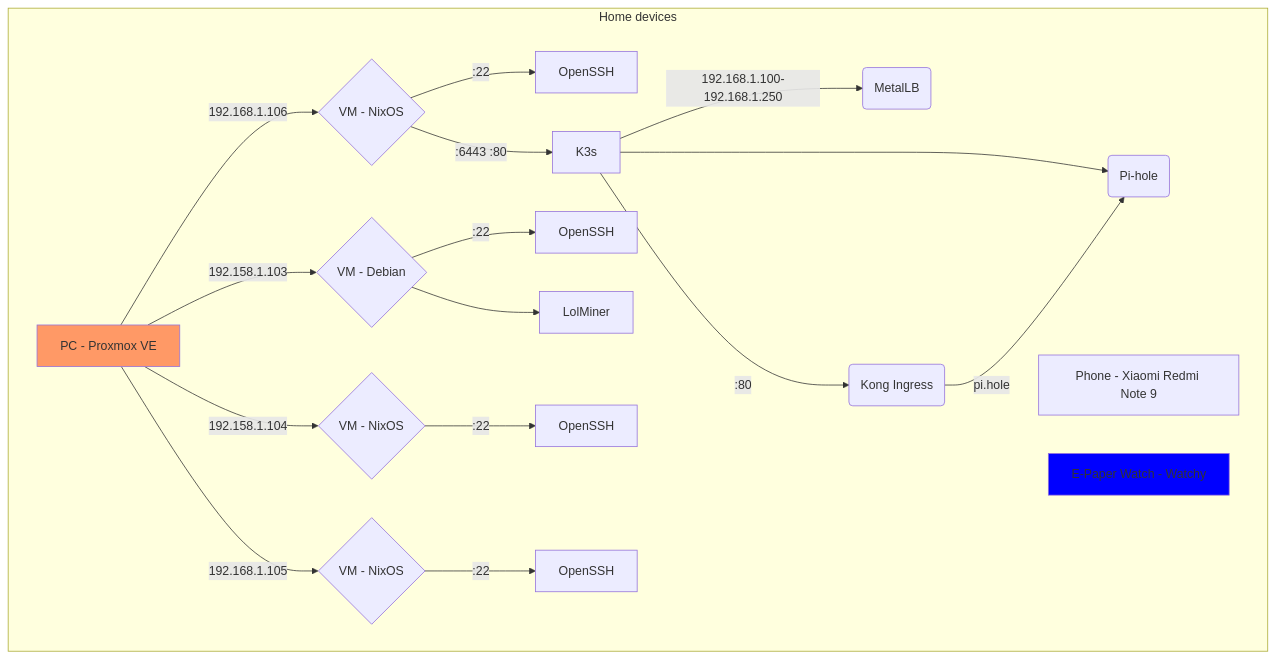
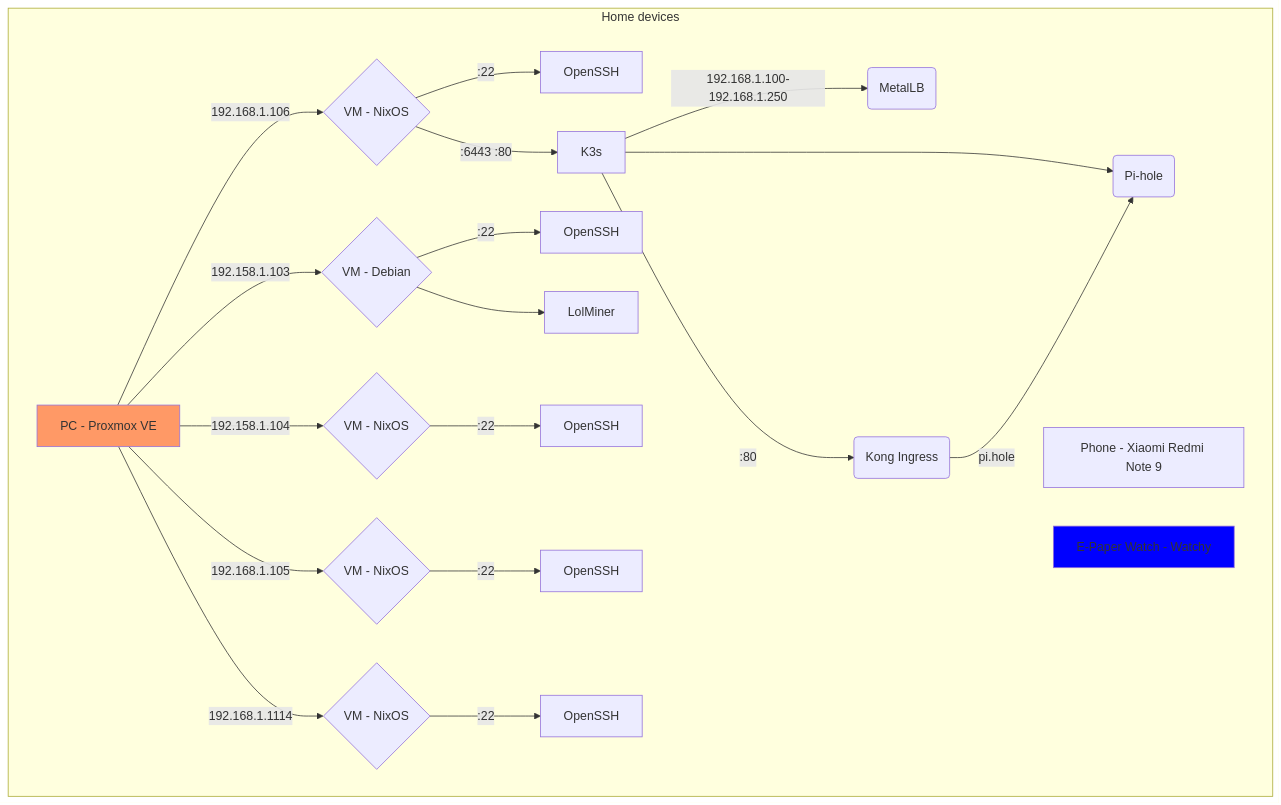
Before and after one commit to portothree/dotfiles: the diagram in homelab/README.md, drawn with Mermaid.

Commit message:
docs: update diagram

````diff
--- a/homelab/README.md
+++ b/homelab/README.md
@@ -6,32 +6,34 @@
 ```mermaid
 graph TD
 	subgraph Home devices
 		A[PC - Proxmox VE] -->|192.168.1.106| 100{VM - NixOS};
 		100 -->|:22| 100_ssh[OpenSSH];
 		100 -->|:6443 :80| K3s[K3s];
 		K3s -->|192.168.1.100-192.168.1.250| MetalLB(MetalLB);
 		click MetalLB "https://metallb.org" _blank
 		K3s -->|:80| Kong(Kong Ingress);
 		K3s --> Pi-hole(Pi-hole);
 		Kong -->|pi.hole| Pi-hole;
 		
 		A -->|192.158.1.103| 102{VM - Debian};
 		102 -->|:22| 102_ssh[OpenSSH];
 		102 --> lolminer[LolMiner];
 		
 		A -->|192.158.1.104| 103{VM - NixOS};
 		103 -->|:22| 103_ssh[OpenSSH];
 		
 		A -->|192.168.1.105| 104{VM - NixOS};
 		104 -->|:22| 104_ssh[OpenSSH];
 		
+		A -->|192.168.1.1114| 105{VM - NixOS};
+		105 -->|:22| 105_ssh[OpenSSH];
 		
 		B[Phone - Xiaomi Redmi Note 9]
 		C[E-Paper Watch - Watchy]
 	end
 	
 	classDef orange fill:#f96;
 	classDef blue	fill:#00f;
 	class A orange
 	class C blue
 ```
````
